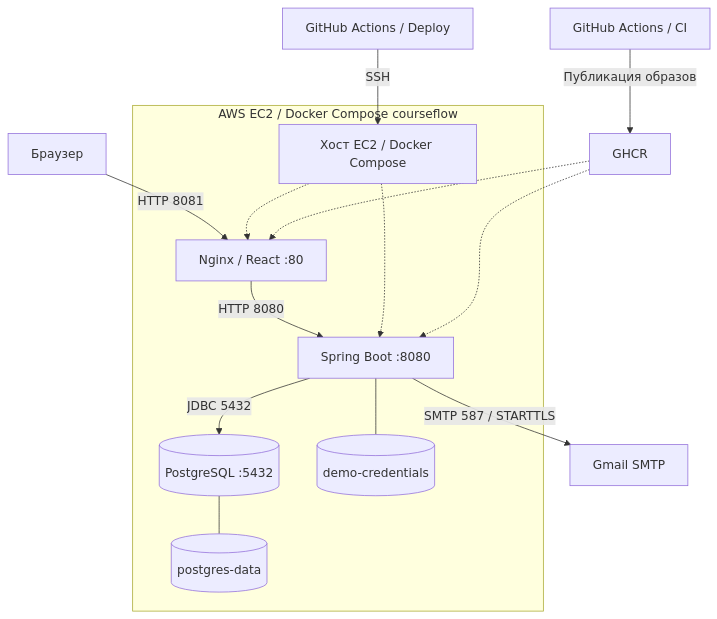
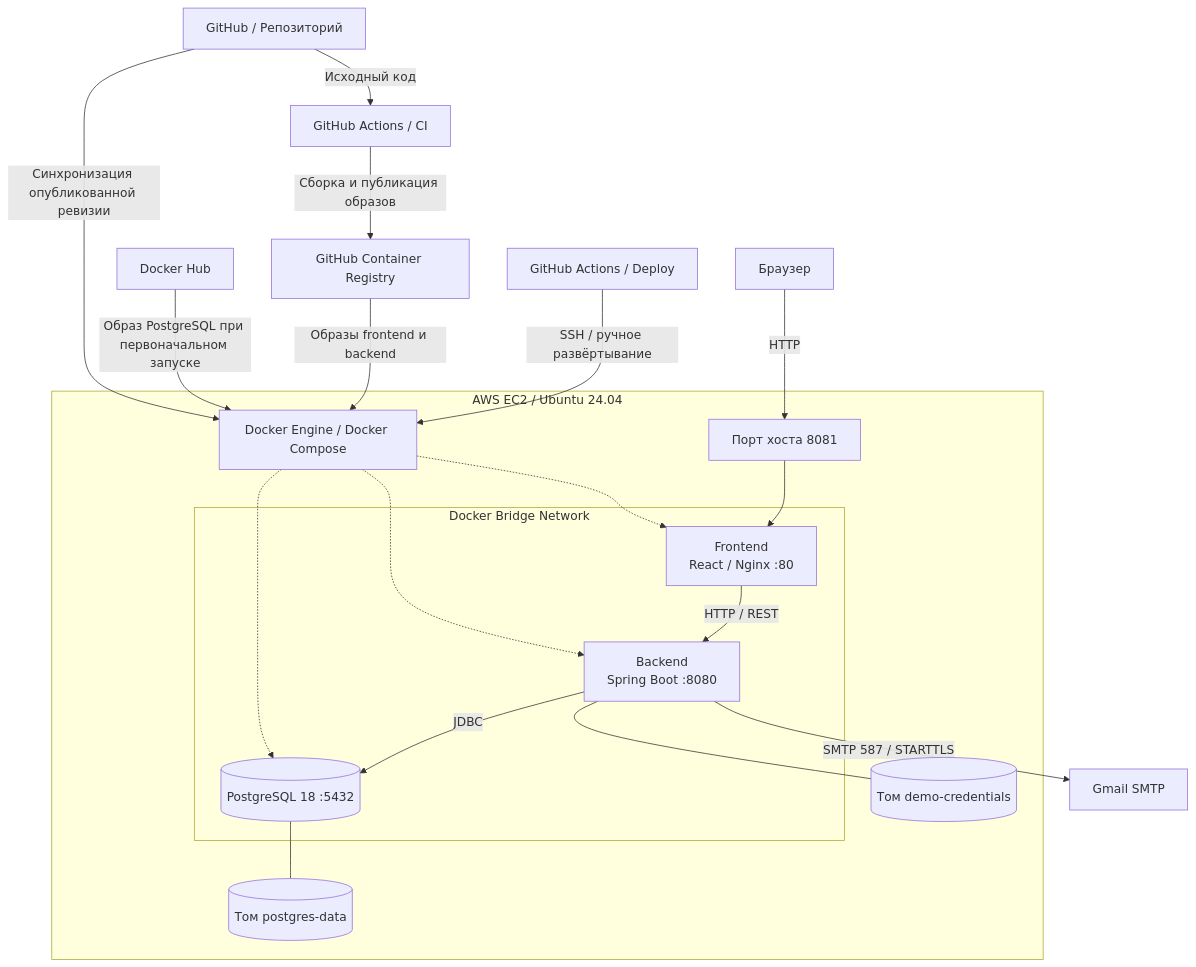
Before and after one commit to vkuryndin/CourseFlow: the fourth of 4 diagrams in docs/ARCHITECTURE.md, drawn with Mermaid. The commit also changed other lines of this file and 5 other files, not shown here.

````diff
--- a/docs/ARCHITECTURE.md
+++ b/docs/ARCHITECTURE.md
@@ -197,18 +240,37 @@
 ```mermaid
 flowchart TD
-    U[Браузер] -->|HTTP 8081| F
-    subgraph EC2[AWS EC2 / Docker Compose courseflow]
-        F[Nginx / React :80] -->|HTTP 8080| B[Spring Boot :8080]
-        B -->|JDBC 5432| P[(PostgreSQL :5432)]
-        P --- V[(postgres-data)]
-        B --- D[(demo-credentials)]
-        Host[Хост EC2 / Docker Compose]
+    U["Браузер"]
+    CI["GitHub Actions / CI"]
+    CD["GitHub Actions / Deploy"]
+    GH["GitHub / Репозиторий"]
+    G["GitHub Container Registry"]
+    DH["Docker Hub"]
+    M["Gmail SMTP"]
+    subgraph AWS["AWS EC2 / Ubuntu 24.04"]
+        Host["Docker Engine / Docker Compose"]
+        Port["Порт хоста 8081"]
+        subgraph NET["Docker Bridge Network"]
+            F["Frontend<br/>React / Nginx :80"]
+            B["Backend<br/>Spring Boot :8080"]
+            P[("PostgreSQL 18 :5432")]
+            F -->|HTTP / REST| B
+            B -->|JDBC| P
+        end
+        V[("Том postgres-data")]
+        D[("Том demo-credentials")]
+        Port --> F
+        P --- V
+        B --- D
         Host -.-> F
         Host -.-> B
+        Host -.-> P
     end
-    B -->|SMTP 587 / STARTTLS| M[Gmail SMTP]
-    CI[GitHub Actions / CI] -->|Публикация образов| G[GHCR]
-    G -.-> F
-    G -.-> B
-    CD[GitHub Actions / Deploy] -->|SSH| Host
+    U -->|HTTP| Port
+    GH -->|Исходный код| CI
+    CI -->|Сборка и публикация образов| G
+    CD -->|SSH / ручное развёртывание| Host
+    G -->|Образы frontend и backend| Host
+    DH -->|Образ PostgreSQL при первоначальном запуске| Host
+    GH -->|Синхронизация опубликованной ревизии| Host
+    B -->|SMTP 587 / STARTTLS| M
 ```
````
